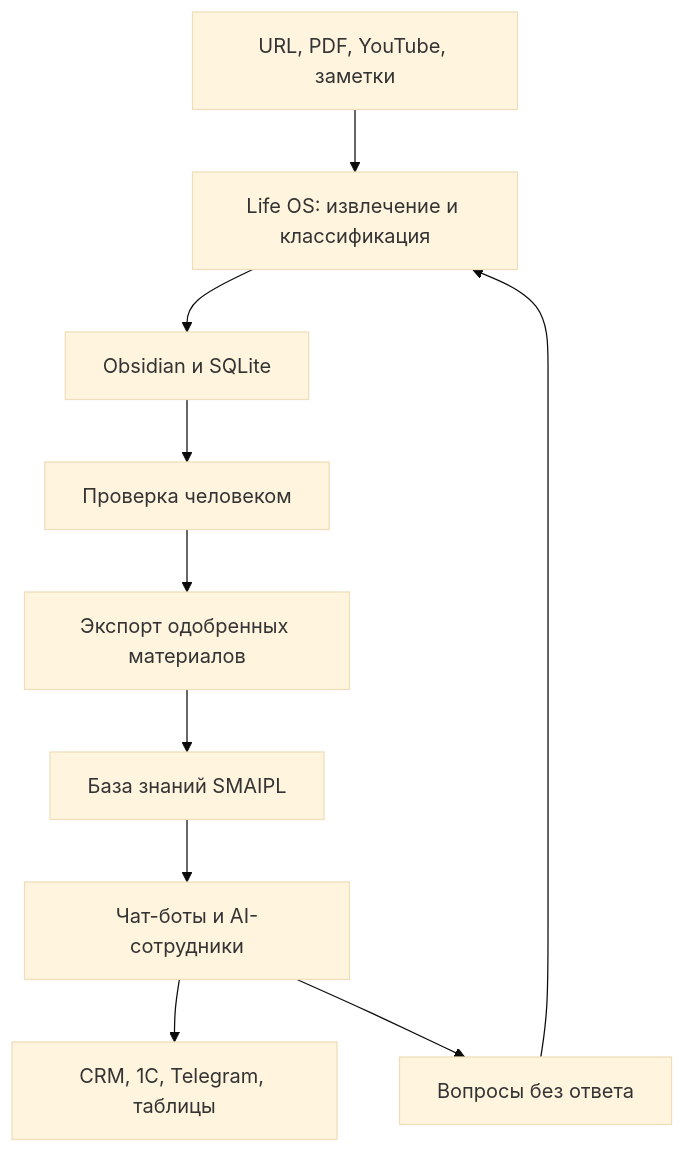
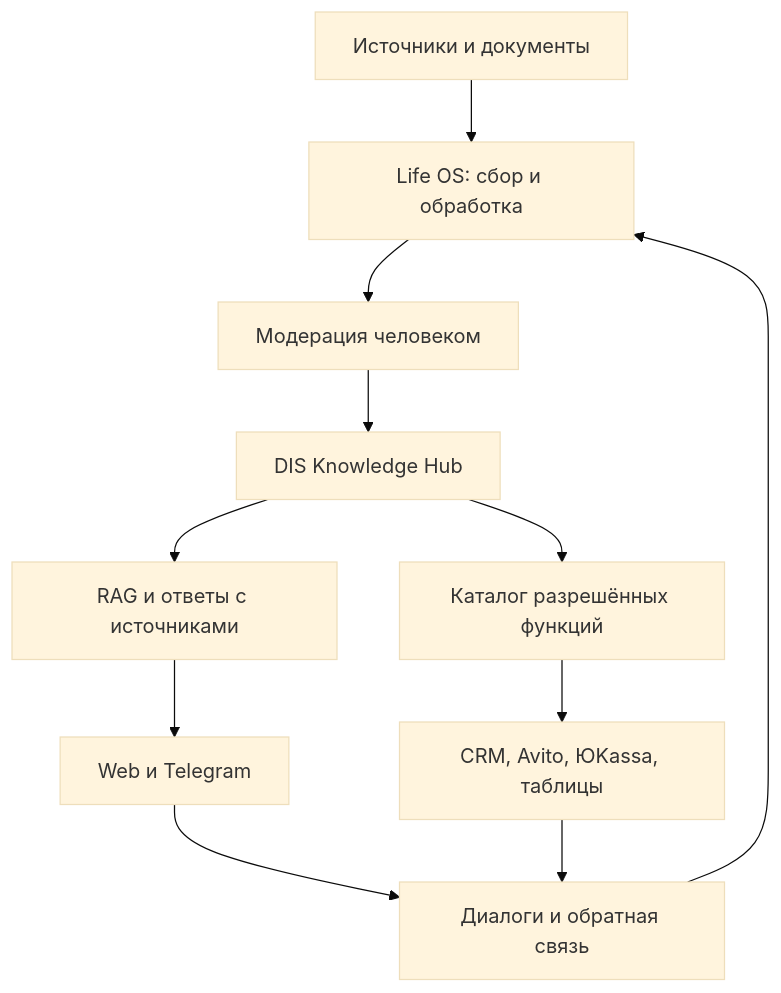
One commit to dimitry8st-prog/st8dom-site changed the diagram in docs/ideas-and-development/README.md. Above: the diagram before and after it, drawn with Mermaid (base theme). The commit also changed other lines of this file, not shown here.

Commit message:
Replace SMAIPL dependency with own DIS Knowledge Hub concept

````diff
--- a/docs/ideas-and-development/README.md
+++ b/docs/ideas-and-development/README.md
@@ -44,12 +29,13 @@
 ```mermaid
 flowchart TD
-    A["URL, PDF, YouTube, заметки"] --> B["Life OS: извлечение и классификация"]
-    B --> C["Obsidian и SQLite"]
-    C --> D["Проверка человеком"]
-    D --> E["Экспорт одобренных материалов"]
-    E --> F["База знаний SMAIPL"]
-    F --> G["Чат-боты и AI-сотрудники"]
-    G --> H["CRM, 1С, Telegram, таблицы"]
-    G --> I["Вопросы без ответа"]
+    A["Источники и документы"] --> B["Life OS: сбор и обработка"]
+    B --> C["Модерация человеком"]
+    C --> D["DIS Knowledge Hub"]
+    D --> E["RAG и ответы с источниками"]
+    D --> F["Каталог разрешённых функций"]
+    E --> G["Web и Telegram"]
+    F --> H["CRM, Avito, ЮKassa, таблицы"]
+    G --> I["Диалоги и обратная связь"]
+    H --> I
     I --> B
 ```
````
